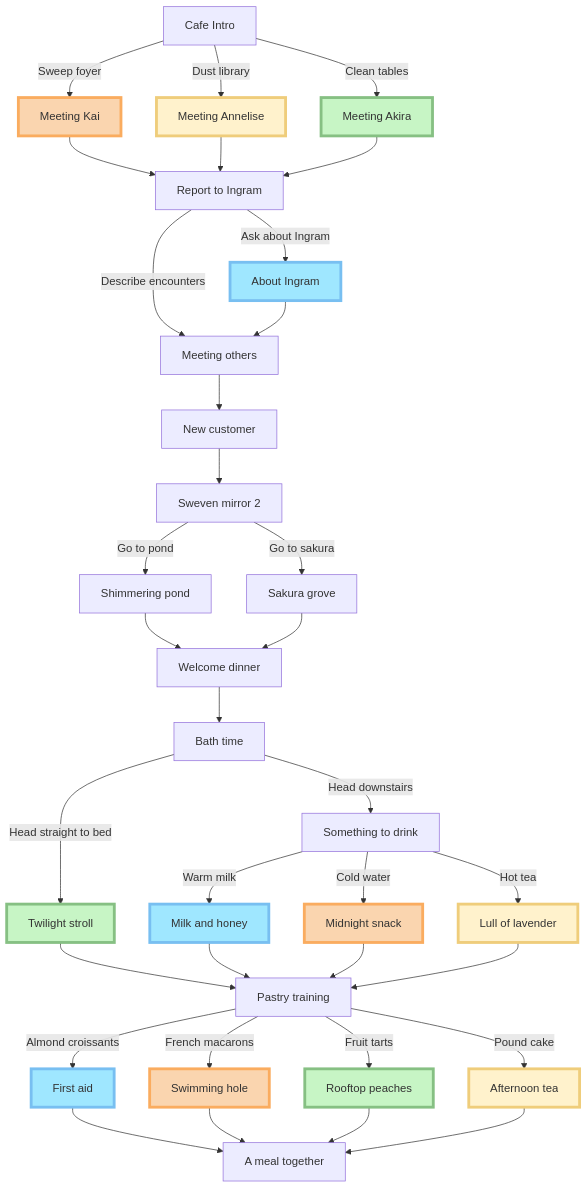
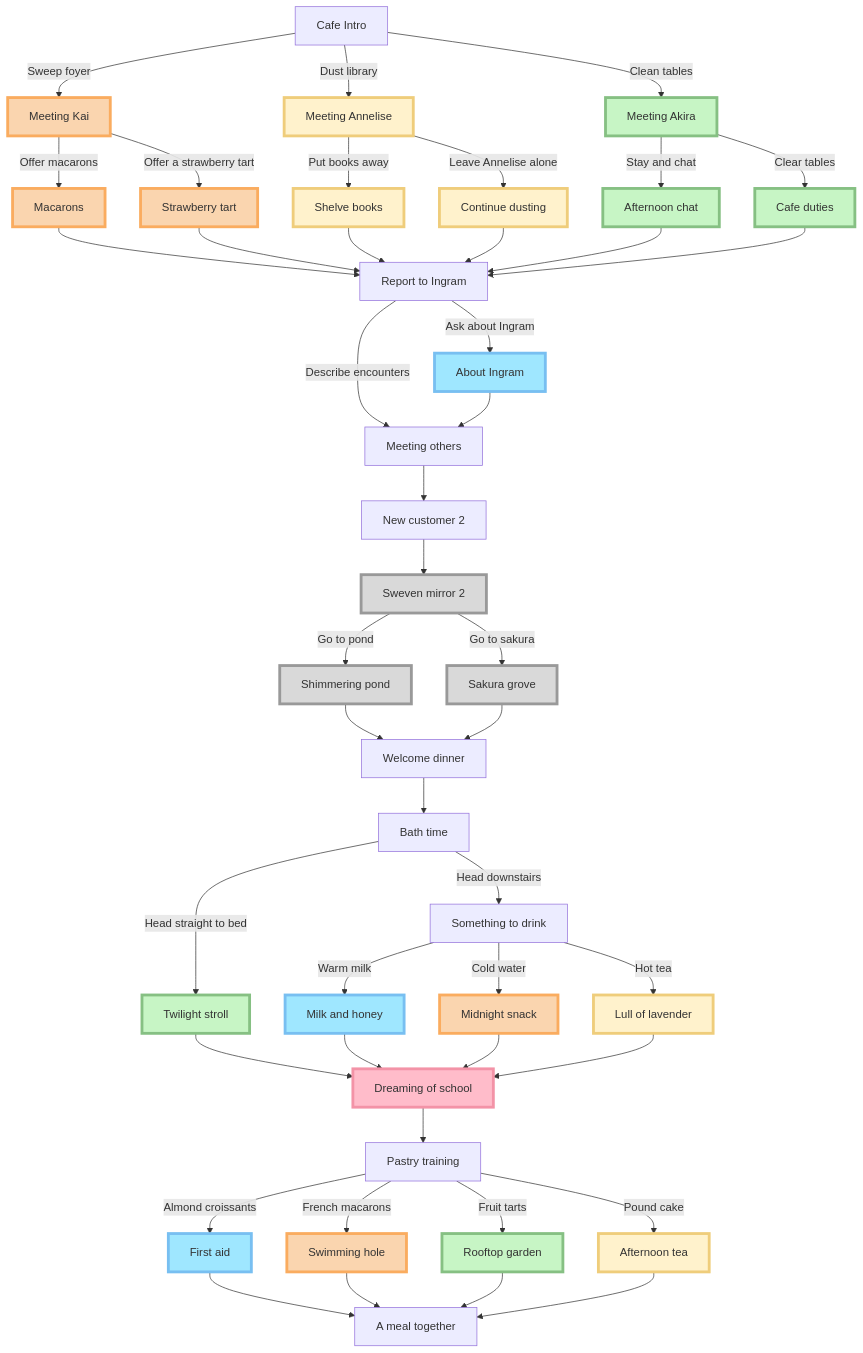
Before and after one commit to milkysan92/nobaros-cafe: the diagram in script/Nobaros Cafe/Chapter 2/Chapter 2 Master.md, drawn with Mermaid. The commit also changed 13 other files, not shown here.

Commit message:
Adjust Obsidian flowchart for CH2 and add CH3 & CH4

````diff
--- a/script/Nobaros Cafe/Chapter 2/Chapter 2 Master.md
+++ b/script/Nobaros Cafe/Chapter 2/Chapter 2 Master.md
@@ -5,12 +5,18 @@
 %% Define aliases
 CH2[Cafe Intro]
 meet-kai[Meeting Kai]
+macarons-kai[Macarons]
+strawberry-kai[Strawberry tart]
 meet-annelise[Meeting Annelise]
+shelve-annelise[Shelve books]
+dust-annelise[Continue dusting]
 meet-akira[Meeting Akira]
+clean-akira[Cafe duties]
+chat-akira[Afternoon chat]
 report-ingram[Report to Ingram]
 ingram-job[About Ingram]
 meeting-others[Meeting others]
-customer2[New customer]
+customer2[New customer 2]
 mirror2[Sweven mirror 2]
 pond[Shimmering pond]
 sakura[Sakura grove]
@@ -21,23 +27,32 @@
 night-annelise[Lull of lavender]
 night-kai[Midnight snack]
 night-akira[Twilight stroll]
+school-dreams[Dreaming of school]
 masterchef[Pastry training]
 sweets-ingram[First aid]
 sweets-kai[Swimming hole]
-sweets-akira[Rooftop peaches]
+sweets-akira[Rooftop garden]
 sweets-annelise[Afternoon tea]
 group-dinner[A meal together]
 
 %% Define node formatting for routes
+classDef spirit-route fill:#d9d9d9,stroke:#999999,stroke-width:4px
+classDef emi-route fill:#ffbcca,stroke:#f393a7,stroke-width:4px
 classDef ingram-route fill:#9fe7ff,stroke:#78bff1,stroke-width:4px
 classDef kai-route fill:#fad5af,stroke:#faac5f,stroke-width:4px
 classDef akira-route fill:#c7f5c5,stroke:#86c083,stroke-width:4px
 classDef annelise-route fill:#fff2cc,stroke:#efcd7b,stroke-width:4px
 
 %% Establish node connections
-CH2--Sweep foyer-->meet-kai-->report-ingram
-CH2--Dust library-->meet-annelise-->report-ingram
-CH2--Clean tables-->meet-akira-->report-ingram
+CH2--Sweep foyer-->meet-kai
+meet-kai--Offer macarons-->macarons-kai-->report-ingram
+meet-kai--Offer a strawberry tart-->strawberry-kai-->report-ingram
+CH2--Dust library-->meet-annelise
+meet-annelise--Put books away-->shelve-annelise-->report-ingram
+meet-annelise--Leave Annelise alone-->dust-annelise-->report-ingram
+CH2--Clean tables-->meet-akira
+meet-akira--Stay and chat-->chat-akira-->report-ingram
+meet-akira--Clear tables-->clean-akira-->report-ingram
 report-ingram--Describe encounters-->meeting-others
 report-ingram--Ask about Ingram-->ingram-job-->meeting-others
 meeting-others-->customer2-->mirror2--Go to pond-->pond
@@ -49,7 +64,8 @@
 choose-drink--Warm milk-->night-ingram
 choose-drink--Cold water-->night-kai
 choose-drink--Hot tea-->night-annelise
-night-ingram & night-kai & night-akira & night-annelise-->masterchef
+night-ingram & night-kai & night-akira & night-annelise-->school-dreams
+school-dreams-->masterchef
 masterchef--Almond croissants-->sweets-ingram
 masterchef--French macarons-->sweets-kai
 masterchef--Fruit tarts-->sweets-akira
@@ -59,9 +75,11 @@
 %% Format the routes & link to script files accordingly
 %%---------------------------------------------------------------------------
 %% General storyline
-class CH2,report-ingram,meeting-others,customer2,mirror2,pond,sakura,celebrate-dinner,bathtime,choose-drink,masterchef,group-dinner internal-link
+class school-dreams emi-route
+class CH2,report-ingram,meeting-others,customer2,mirror2,pond,sakura,celebrate-dinner,bathtime,choose-drink,school-dreams,masterchef,group-dinner internal-link
 
 %% Spiritguiding
+class mirror2,pond,sakura spirit-route
 class mirror2,pond,sakura internal-link
 
 %% Ingram route
@@ -69,15 +87,15 @@
 class ingram-job,night-ingram,sweets-ingram internal-link
 
 %% Kai route
-class meet-kai,night-kai,sweets-kai kai-route
-class meet-kai,night-kai,sweets-kai internal-link
+class meet-kai,macarons-kai,strawberry-kai,night-kai,sweets-kai kai-route
+class meet-kai,macarons-kai,strawberry-kai,night-kai,sweets-kai internal-link
 
 %% Annelise route
-class meet-annelise,night-annelise,sweets-annelise annelise-route
-class meet-annelise,night-annelise,sweets-annelise internal-link
+class meet-annelise,shelve-annelise,dust-annelise,night-annelise,sweets-annelise annelise-route
+class meet-annelise,shelve-annelise,dust-annelise,night-annelise,sweets-annelise internal-link
 
 %% Akira route
-class meet-akira,night-akira,sweets-akira akira-route
-class meet-akira,night-akira,sweets-akira internal-link
+class meet-akira,clean-akira,chat-akira,night-akira,sweets-akira akira-route
+class meet-akira,clean-akira,chat-akira,night-akira,sweets-akira internal-link
 
 ```
````
